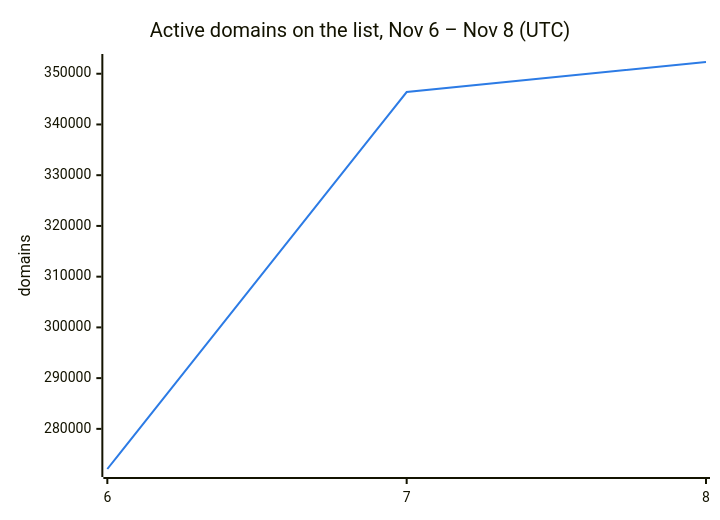
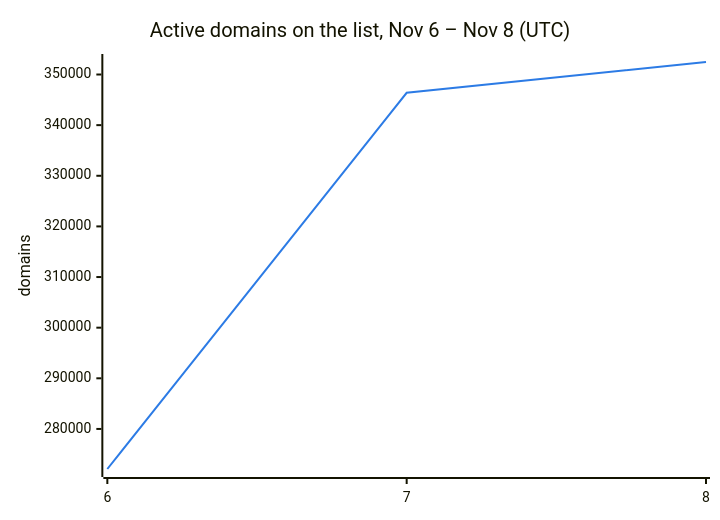
Before and after one commit to DNSBunker/CTI: the second of 3 diagrams in README.md, drawn with Mermaid. The commit also changed other lines of this file and 3 other files, not shown here.

````diff
--- a/README.md
+++ b/README.md
@@ -38,8 +38,8 @@
 ```mermaid
 %%{init: {"themeVariables": {"xyChart": {"plotColorPalette": "#2c7be5"}}}}%%
 xychart-beta
     title "Active domains on the list, Nov 6 – Nov 8 (UTC)"
     x-axis ["6", "7", "8"]
     y-axis "domains"
-    line [272088, 346388, 352312]
+    line [272088, 346388, 352470]
 ```
````
